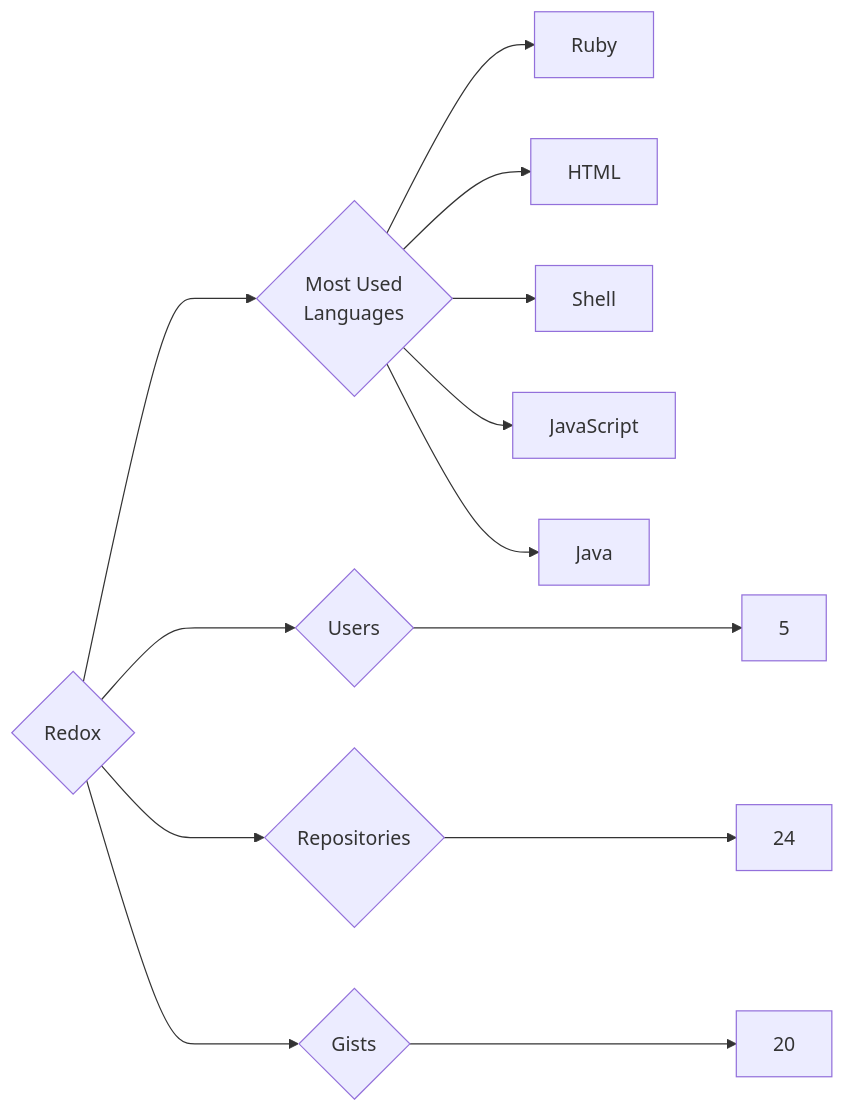
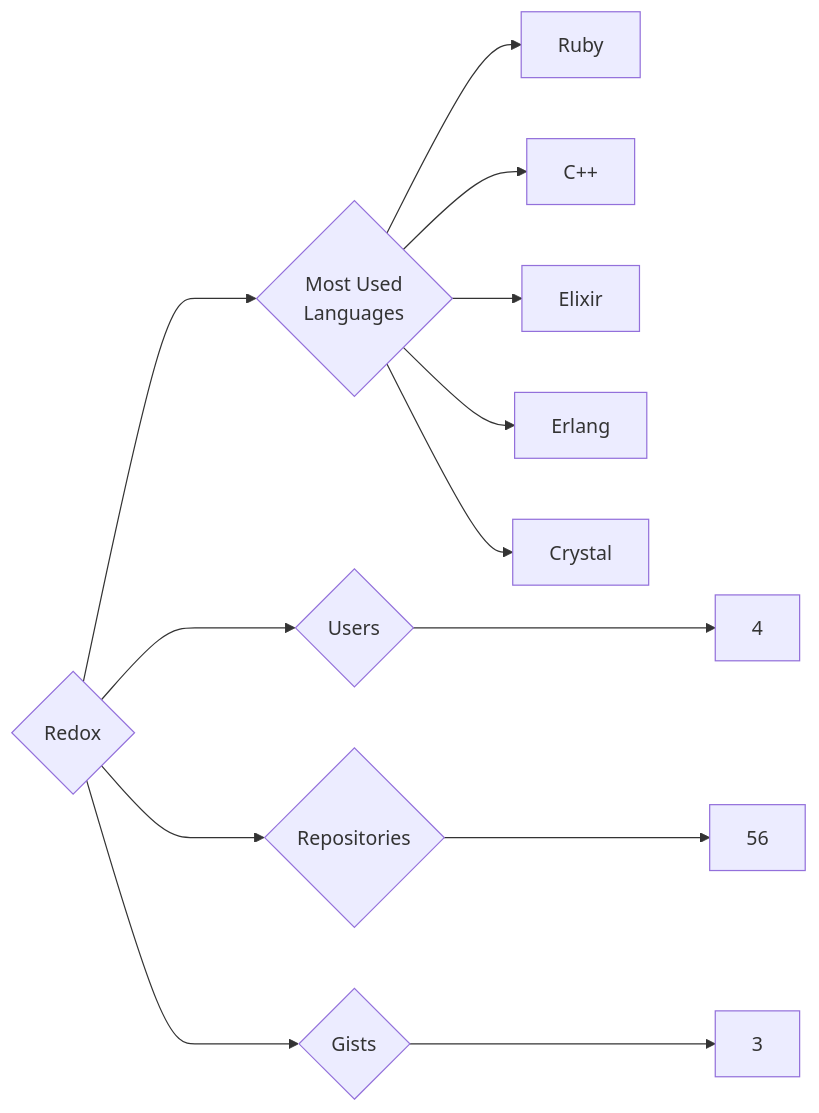
The diagram in targets/Redox/README.md (trickest/insiders), drawn with Mermaid before and after one commit. The commit also changed 1508 other files, not shown here.

````diff
--- a/targets/Redox/README.md
+++ b/targets/Redox/README.md
@@ -3,13 +3,13 @@
 ```mermaid
 graph LR
 COMPANY_NAME{Redox}
-COMPANY_NAME ---> U{Users} ---> UN[5]
-COMPANY_NAME ---> R{Repositories} ---> RN[24]
-COMPANY_NAME ---> G{Gists} ---> GN[20]
+COMPANY_NAME ---> U{Users} ---> UN[4]
+COMPANY_NAME ---> R{Repositories} ---> RN[56]
+COMPANY_NAME ---> G{Gists} ---> GN[3]
 COMPANY_NAME ---> ML{Most Used<br>Languages}
 ML --> Ruby[Ruby]
-ML --> HTML[HTML]
-ML --> Shell[Shell]
-ML --> JavaScript[JavaScript]
-ML --> Java[Java]
+ML --> C++[C++]
+ML --> Elixir[Elixir]
+ML --> Erlang[Erlang]
+ML --> Crystal[Crystal]
 ```
````
